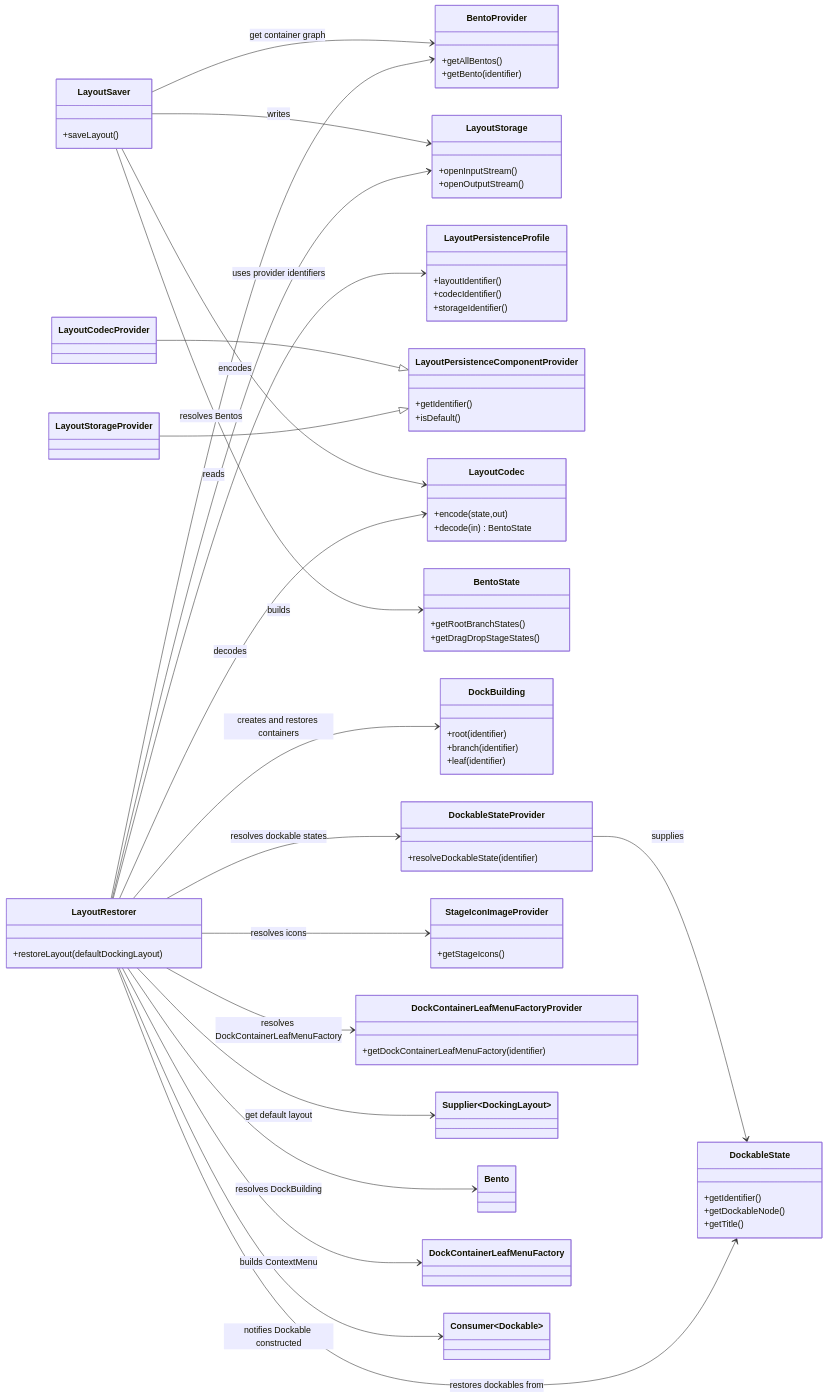
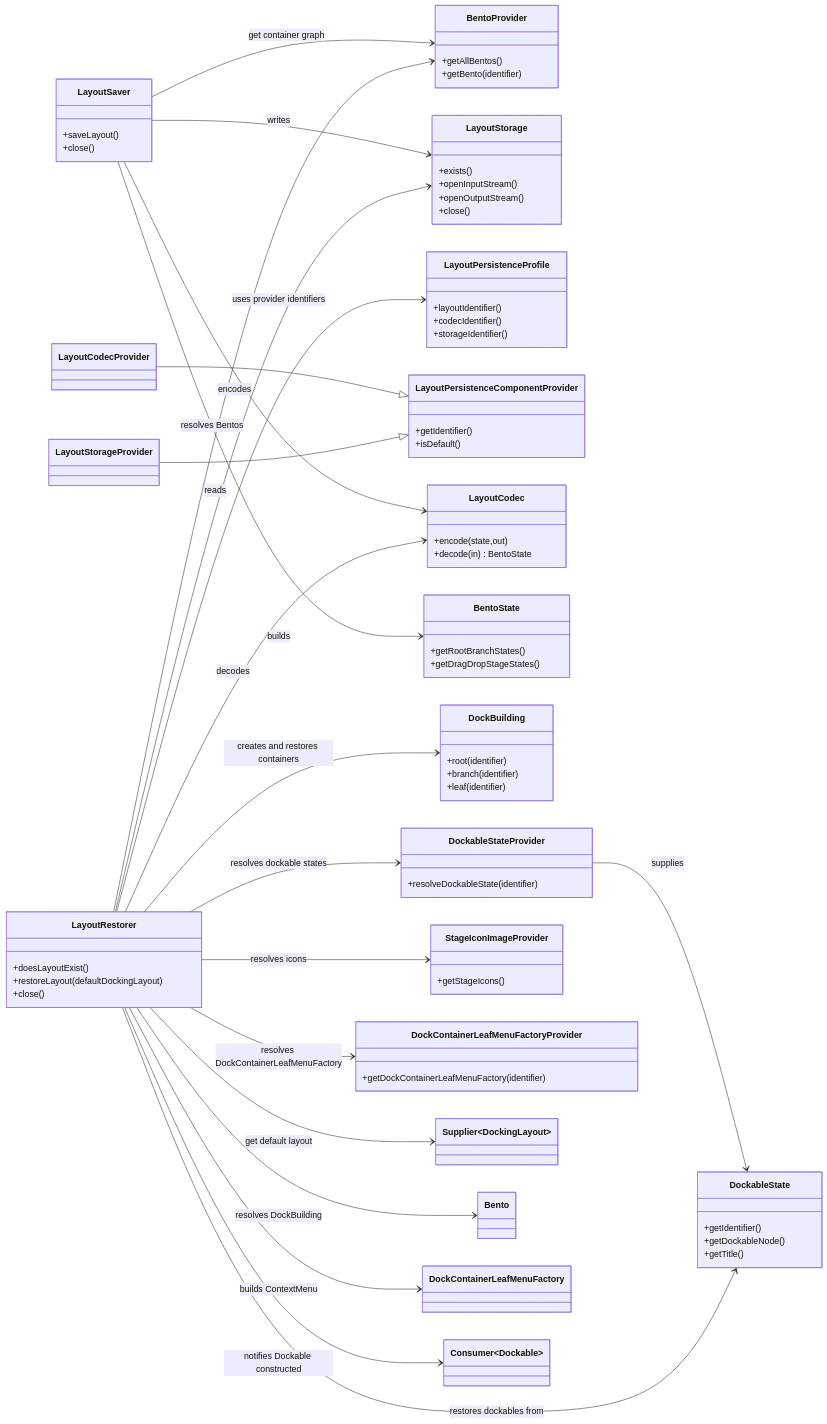
The first of 3 diagrams in docs/persistence/docking-layout-persistence-diagrams.md (philliplbryant/BentoFX), drawn with Mermaid before and after one commit. The commit also changed other lines of this file and 3 other files, not shown here.

```diff
--- a/docs/persistence/docking-layout-persistence-diagrams.md
+++ b/docs/persistence/docking-layout-persistence-diagrams.md
@@ -11,10 +11,13 @@
 
   class LayoutSaver {
     +saveLayout()
+    +close()
   }
 
   class LayoutRestorer {
+    +doesLayoutExist()
     +restoreLayout(defaultDockingLayout)
+    +close()
   }
   
   class BentoProvider {
@@ -23,8 +26,10 @@
   }
 
   class LayoutStorage {
+    +exists()
     +openInputStream()
     +openOutputStream()
+    +close()
   }
 
   class LayoutPersistenceProfile {
```
